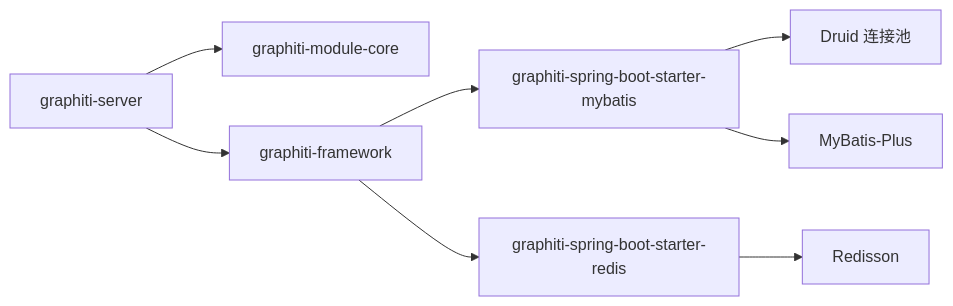
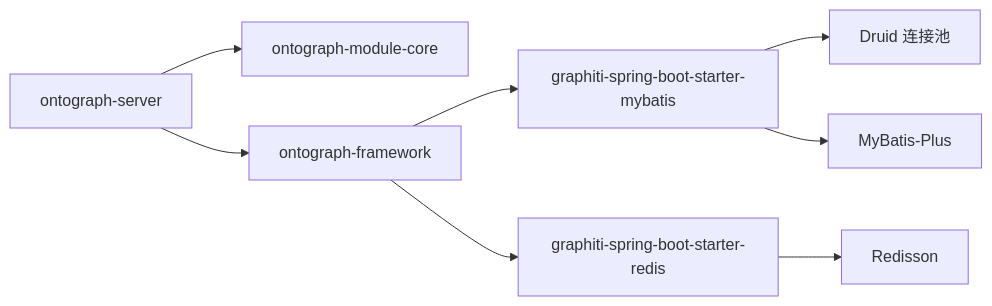
The ninth of 9 diagrams in docs/manual/最佳实践/性能优化实践.md (joezxh/graphiti-java), drawn with Mermaid before and after one commit. The commit also changed other lines of this file and 200 other files, not shown here.

````diff
--- a/docs/manual/最佳实践/性能优化实践.md
+++ b/docs/manual/最佳实践/性能优化实践.md
@@ -362,10 +362,10 @@
 ```mermaid
 graph LR
-APP["graphiti-server"] --> CORE["graphiti-module-core"]
-APP --> FRAME["graphiti-framework"]
+APP["ontograph-server"] --> CORE["ontograph-module-core"]
+APP --> FRAME["ontograph-framework"]
 FRAME --> MB["graphiti-spring-boot-starter-mybatis"]
 FRAME --> RS["graphiti-spring-boot-starter-redis"]
 MB --> DRUID["Druid 连接池"]
 MB --> MP["MyBatis-Plus"]
 RS --> REDIS["Redisson"]
 ```
````
